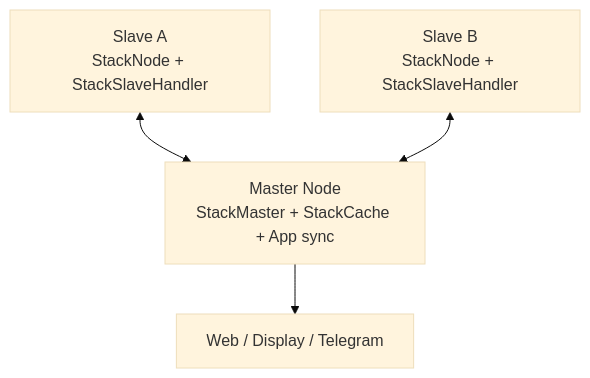
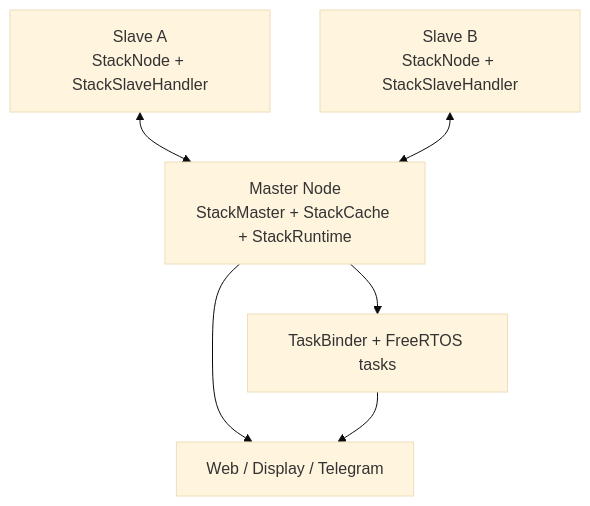
Before and after one commit to Denisov-Foundation-Limited/plc-esp2: the first of 5 diagrams in STACK.md, drawn with Mermaid (base theme). The commit also changed other lines of this file and 8 other files, not shown here.

Commit message:
fix(rtos): keep control_loop on FreeRTOS and return display/plc/extender to cooperative loop

````diff
--- a/STACK.md
+++ b/STACK.md
@@ -32,11 +32,14 @@
 ```mermaid
 flowchart TD
-  MASTER[Master Node\nStackMaster + StackCache + App sync]
+  MASTER[Master Node\nStackMaster + StackCache + StackRuntime]
   SLAVE_A[Slave A\nStackNode + StackSlaveHandler]
   SLAVE_B[Slave B\nStackNode + StackSlaveHandler]
   UI[Web / Display / Telegram]
+  RTOS[TaskBinder + FreeRTOS tasks]
 
   SLAVE_A <--> MASTER
   SLAVE_B <--> MASTER
   MASTER --> UI
+  MASTER --> RTOS
+  RTOS --> UI
 ```
````
